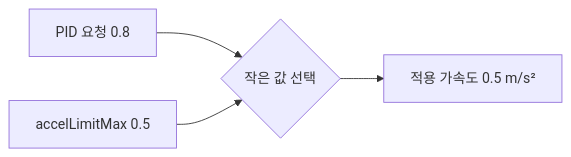
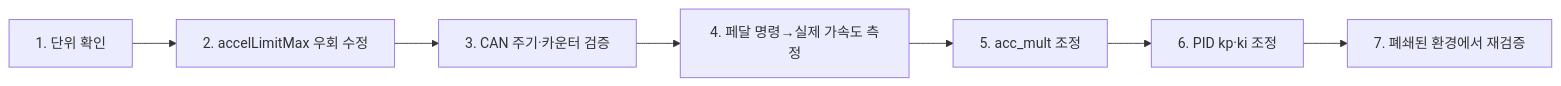
One commit to parksunkyu81/equinox-0.8.14-origin changed the sixth of 6 diagrams in docs/comma_pedal.md. Above: the diagram before and after it, drawn with Mermaid. The commit also changed other lines of this file and 6 other files, not shown here.

````diff
--- a/docs/comma_pedal.md
+++ b/docs/comma_pedal.md
@@ -225,6 +388,9 @@
 ```mermaid
 flowchart LR
-  A["PID 요청 0.8"] --> C{"작은 값 선택"}
-  B["accelLimitMax 0.5"] --> C
-  C --> D["적용 가속도 0.5 m/s²"]
+  A["1. 단위 확인"] --> B["2. accelLimitMax 우회 수정"]
+  B --> C["3. CAN 주기·카운터 검증"]
+  C --> D["4. 페달 명령→실제 가속도 측정"]
+  D --> E["5. acc_mult 조정"]
+  E --> F["6. PID kp·ki 조정"]
+  F --> G["7. 폐쇄된 환경에서 재검증"]
 ```
````
